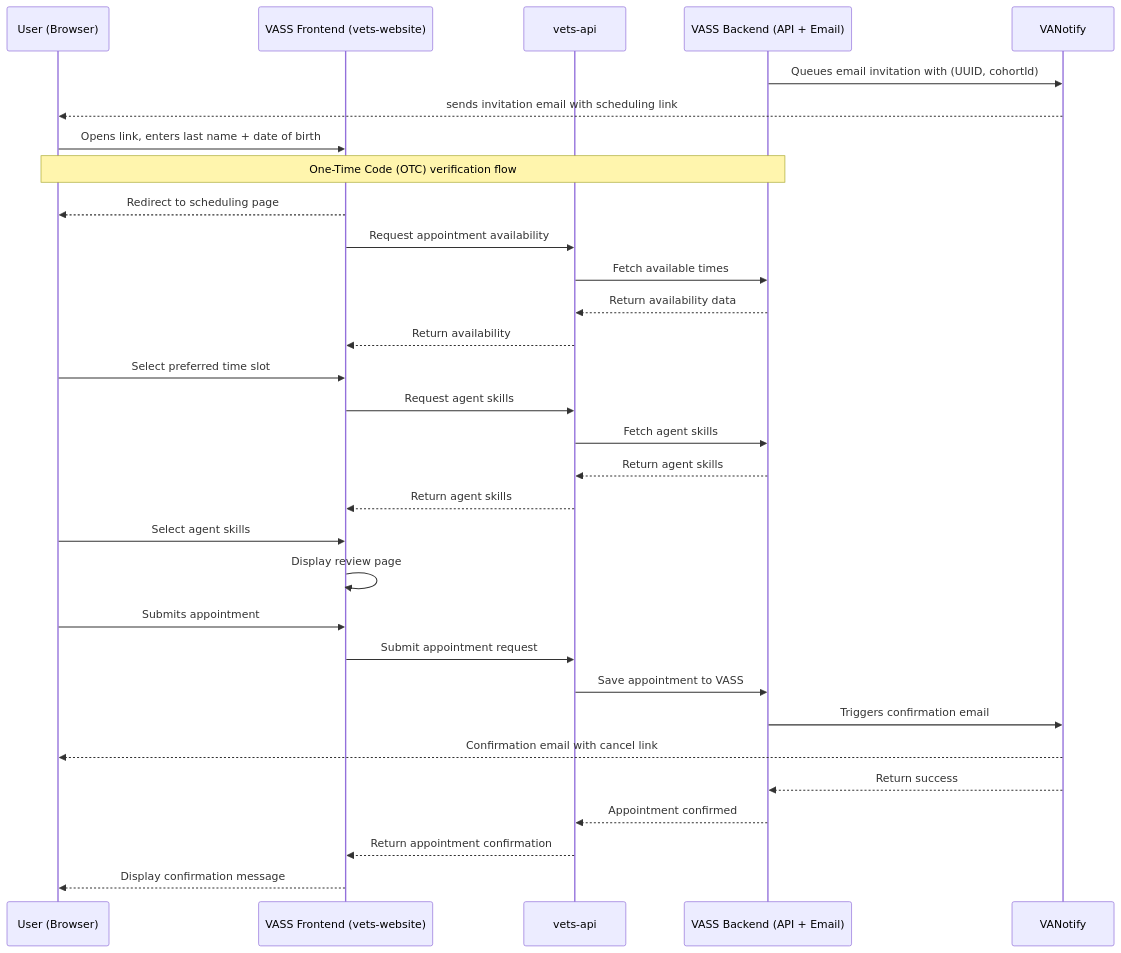
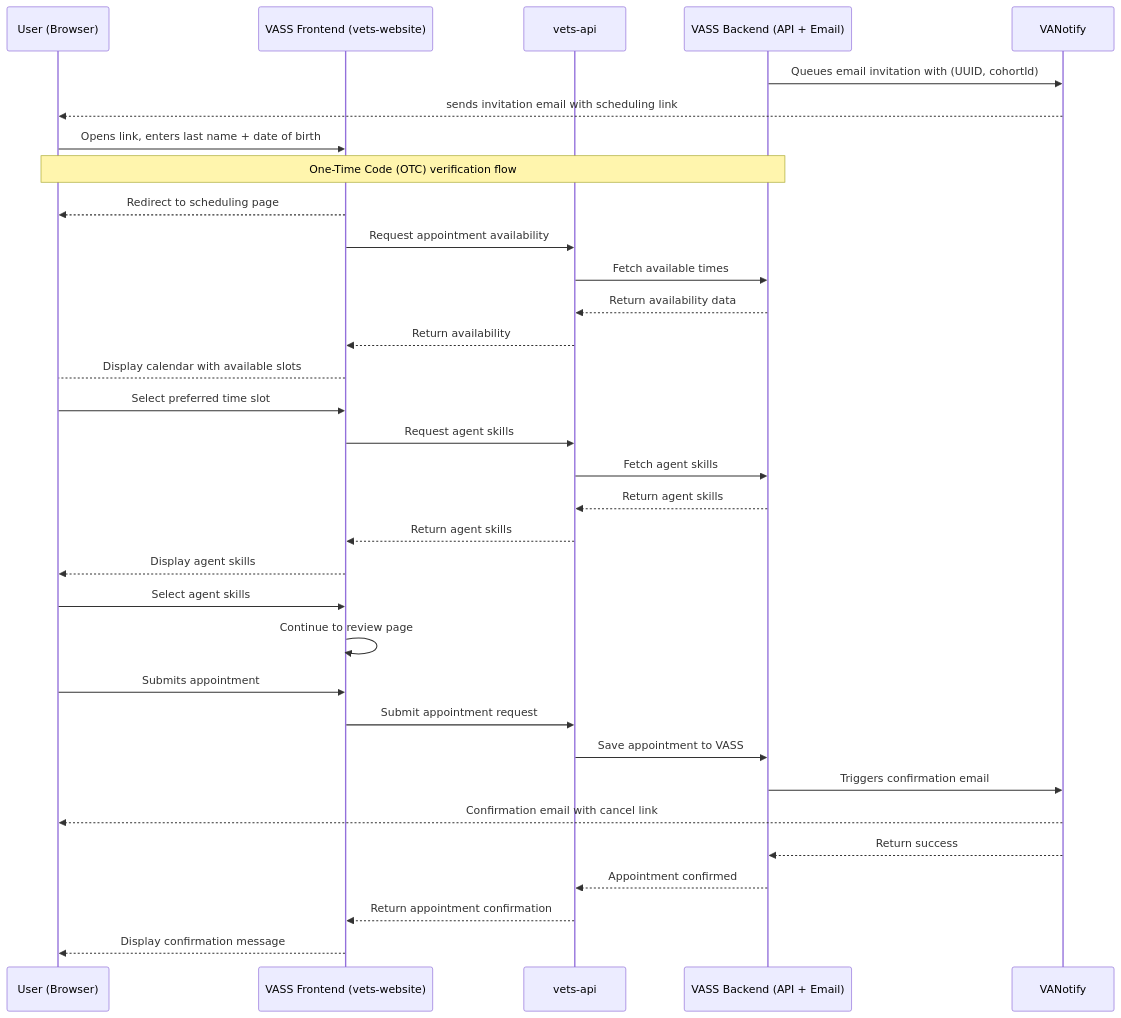
Before and after one commit to department-of-veterans-affairs/va.gov-team: the first of 3 diagrams in products/health-care/appointments/va-online-scheduling/initiatives/solid-start-scheduling/engineering/sequence-diagrams/otc-flow.md, drawn with Mermaid. The commit also changed other lines of this file, not shown here.

````diff
--- a/products/health-care/appointments/va-online-scheduling/initiatives/solid-start-scheduling/engineering/sequence-diagrams/otc-flow.md
+++ b/products/health-care/appointments/va-online-scheduling/initiatives/solid-start-scheduling/engineering/sequence-diagrams/otc-flow.md
@@ -3,44 +3,46 @@
 ``` mermaid
 sequenceDiagram
     participant user as User (Browser)
     participant vetsWebsite as VASS Frontend (vets-website)
     participant vetsApi as vets-api
     participant vassBackend as VASS Backend (API + Email)
     participant vaNotify as VANotify
 
     %% Step 1: Email Invitation
     vassBackend->>vaNotify: Queues email invitation with (UUID, cohortId)
     vaNotify-->>user: sends invitation email with scheduling link 
 
     %% Step 2: User validates identity
     user->>vetsWebsite: Opens link, enters last name + date of birth
     Note over user,vassBackend: One-Time Code (OTC) verification flow
     vetsWebsite-->>user: Redirect to scheduling page
 
     %% Step 3: View available times
     vetsWebsite->>vetsApi: Request appointment availability
     vetsApi->>vassBackend: Fetch available times
     vassBackend-->>vetsApi: Return availability data
     vetsApi-->>vetsWebsite: Return availability
+    vetsWebsite-->user: Display calendar with available slots
     user->>vetsWebsite: Select preferred time slot
 
     %% Step 4: Agent skills
     vetsWebsite->>vetsApi: Request agent skills
     vetsApi->>vassBackend: Fetch agent skills
     vassBackend-->>vetsApi: Return agent skills
     vetsApi-->>vetsWebsite: Return agent skills
+    vetsWebsite-->>user: Display agent skills
     user->>vetsWebsite: Select agent skills
-    vetsWebsite->>vetsWebsite: Display review page
+    vetsWebsite->>vetsWebsite: Continue to review page
 
     %% Step 5: Confirm appointment
     user->>vetsWebsite: Submits appointment 
     vetsWebsite->>vetsApi: Submit appointment request
     vetsApi->>vassBackend: Save appointment to VASS
     vassBackend->>vaNotify: Triggers confirmation email
     vaNotify-->>user: Confirmation email with cancel link
     vaNotify-->>vassBackend: Return success
     vassBackend-->>vetsApi: Appointment confirmed
 
     vetsApi-->>vetsWebsite: Return appointment confirmation
     vetsWebsite-->>user: Display confirmation message
 ```
````
